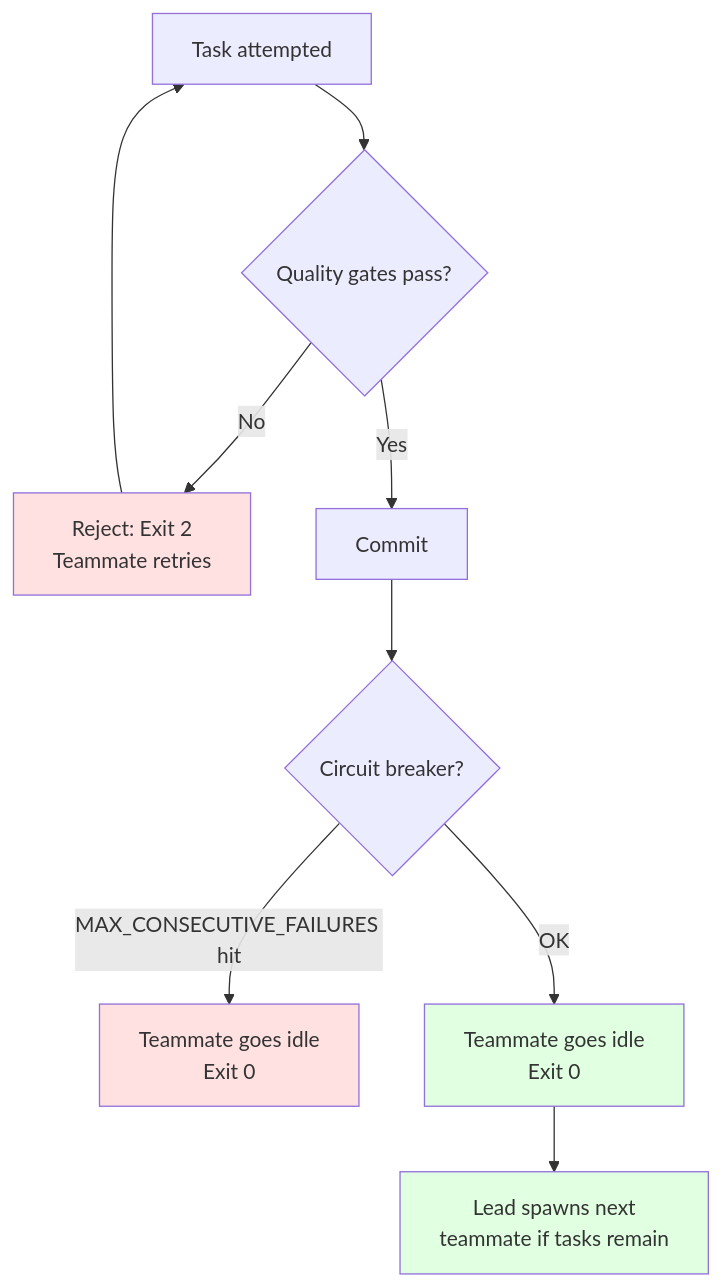
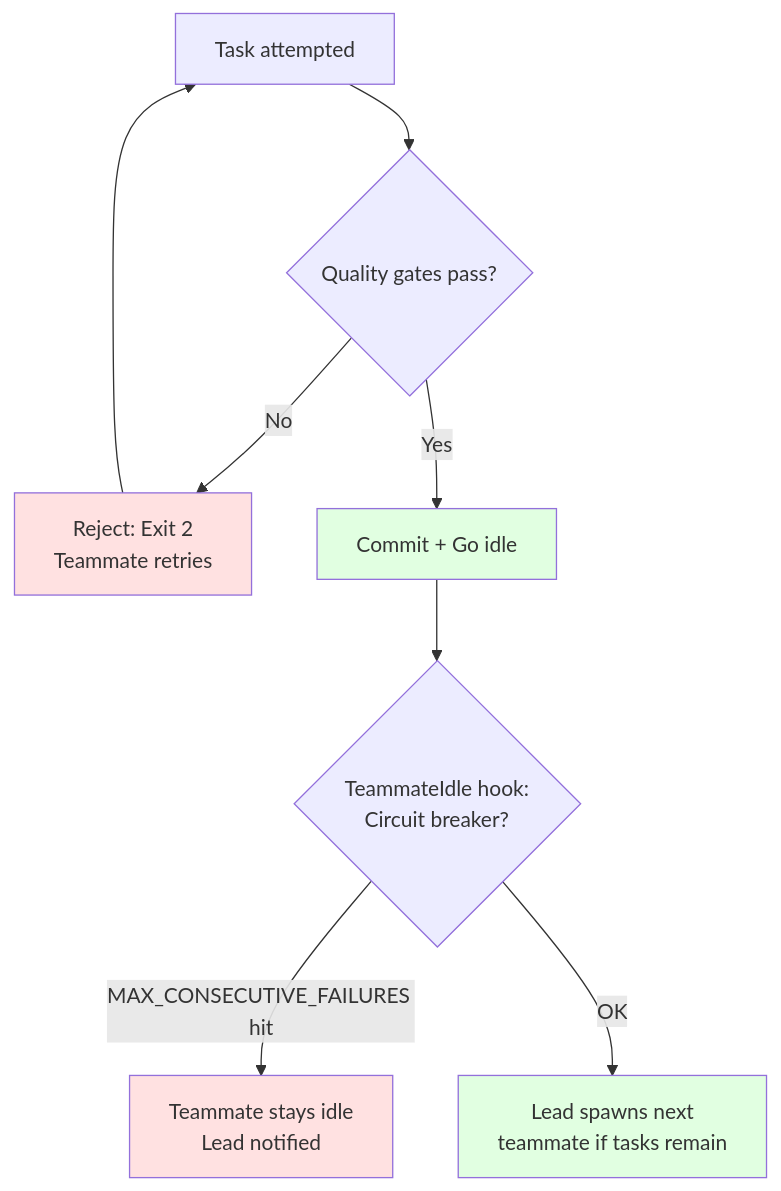
The diagram in skills/ralph-orchestrator/references/backpressure.md (Dario-Arcos/ai-framework), drawn with Mermaid before and after one commit. The commit also changed other lines of this file and 23 other files, not shown here.

````diff
--- a/skills/ralph-orchestrator/references/backpressure.md
+++ b/skills/ralph-orchestrator/references/backpressure.md
@@ -71,19 +71,17 @@
 ```mermaid
 graph TD
     A[Task attempted] --> B{Quality gates pass?}
     B -->|No| C[Reject: Exit 2<br/>Teammate retries]
-    B -->|Yes| D[Commit]
+    B -->|Yes| D[Commit + Go idle]
 
-    D --> E{Circuit breaker?}
-    E -->|MAX_CONSECUTIVE_FAILURES hit| F[Teammate goes idle<br/>Exit 0]
-    E -->|OK| G[Teammate goes idle<br/>Exit 0]
-
-    G --> H[Lead spawns next<br/>teammate if tasks remain]
+    D --> E{TeammateIdle hook:<br/>Circuit breaker?}
+    E -->|MAX_CONSECUTIVE_FAILURES hit| F[Teammate stays idle<br/>Lead notified]
+    E -->|OK| G[Lead spawns next<br/>teammate if tasks remain]
 
     C --> A
 
     style C fill:#ffe1e1
     style F fill:#ffe1e1
+    style D fill:#e1ffe1
     style G fill:#e1ffe1
-    style H fill:#e1ffe1
 ```
````
